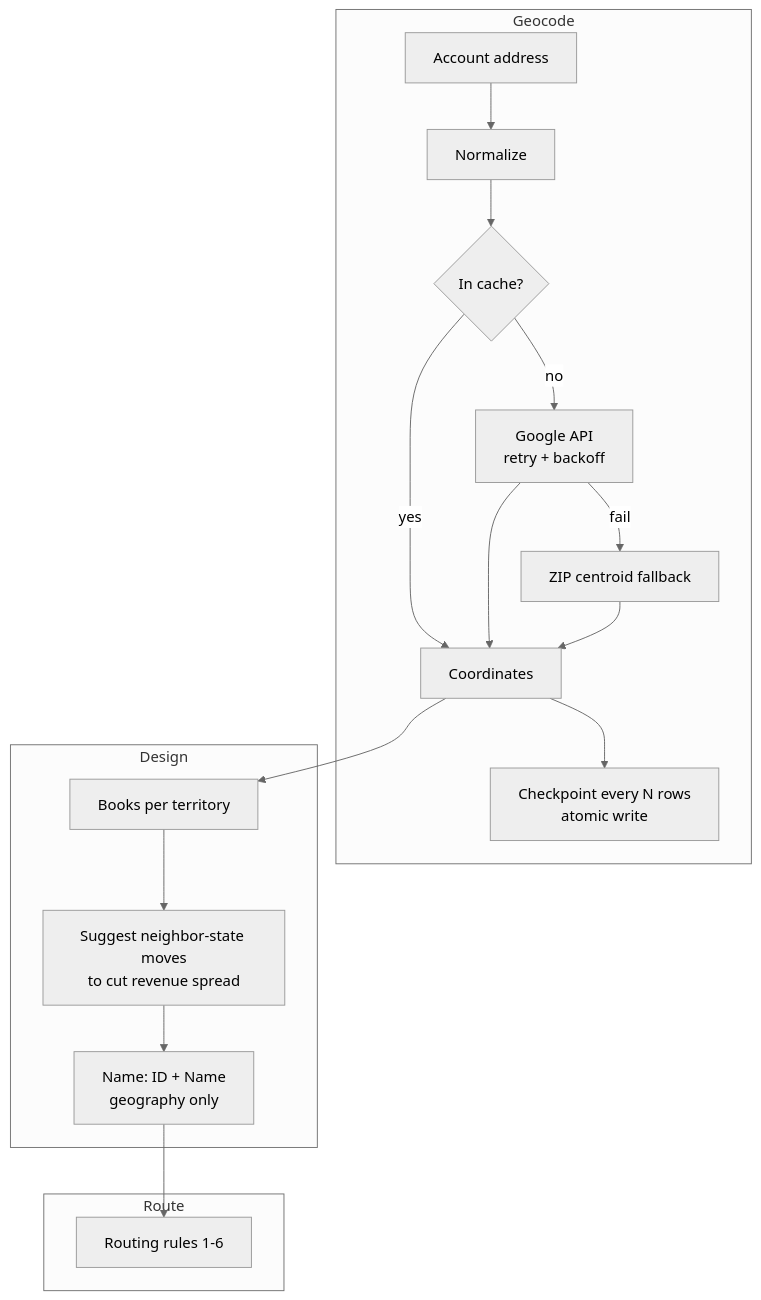
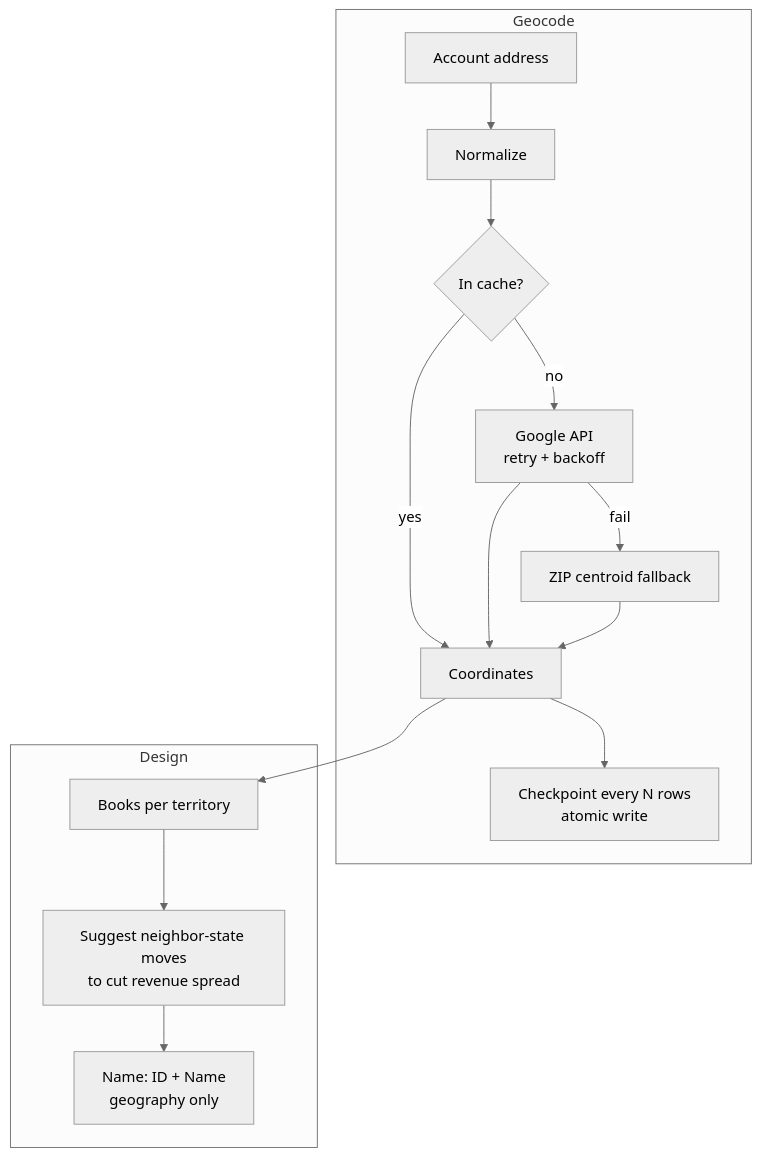
One commit to vrutikadani/territory-optimizer changed the diagram in README.md. Above: the diagram before and after it, drawn with Mermaid (neutral theme). The commit also changed other lines of this file and 1 other file, not shown here.

Commit message:
README and demo: territory design only; point routing to revops

````diff
--- a/README.md
+++ b/README.md
@@ -18,21 +17,18 @@
 ```mermaid
 flowchart TB
     subgraph Geocode
       A[Account address] --> N[Normalize]
       N --> C{In cache?}
       C -->|yes| R[Coordinates]
       C -->|no| G[Google API<br/>retry + backoff]
       G -->|fail| Z[ZIP centroid fallback]
       G --> R
       Z --> R
       R --> K[Checkpoint every N rows<br/>atomic write]
     end
     subgraph Design
       R --> B[Books per territory]
       B --> M[Suggest neighbor-state moves<br/>to cut revenue spread]
       M --> L[Name: ID + Name<br/>geography only]
     end
-    subgraph Route
-      L --> RT[Routing rules 1-6]
-    end
 ```
````
